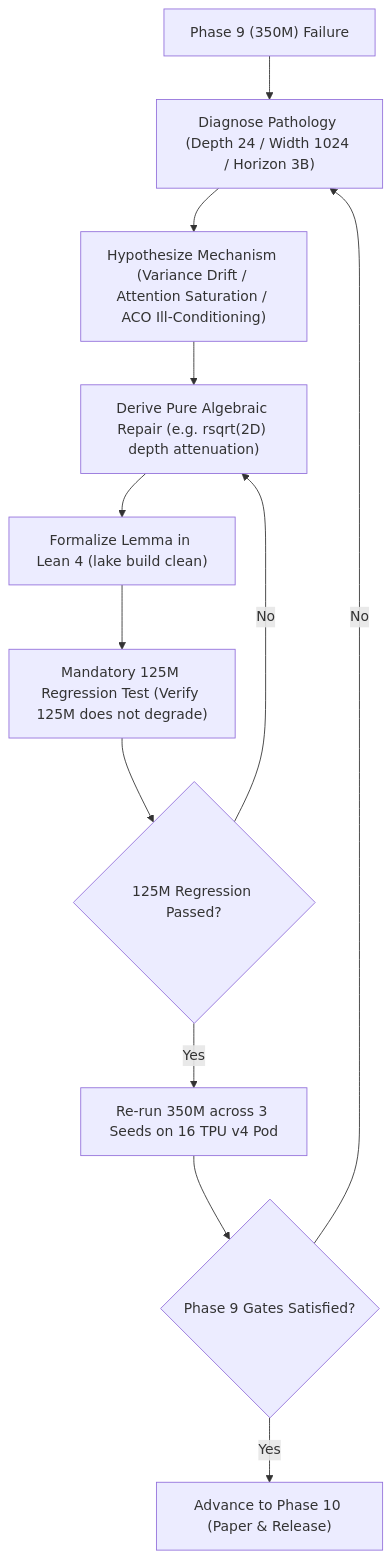
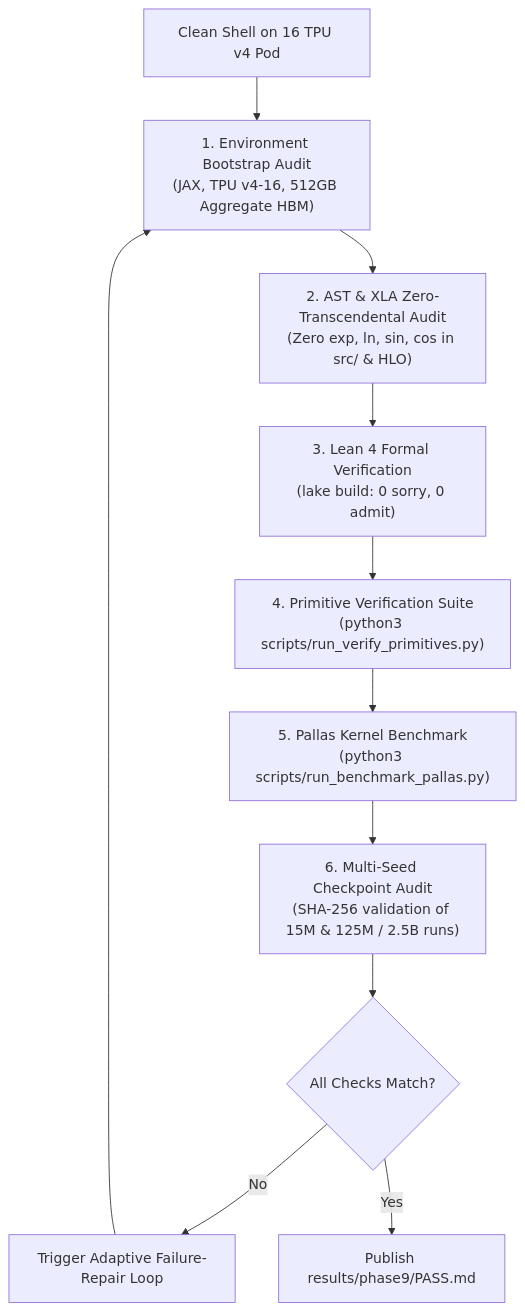
Before and after one commit to tasmaikeni13/algebraic-intelligence: the diagram in phases/phase9.md, drawn with Mermaid. The commit also changed other lines of this file and 6 other files, not shown here.

Commit message:
feat(phases): expand XLA HLO & Pallas instructions, scale 125M to 2.5B tokens (6 runs), consolidate to 9 phases

````diff
--- a/phases/phase9.md
+++ b/phases/phase9.md
@@ -104,14 +23,13 @@
 ```mermaid
 graph TD
-    A["Phase 9 (350M) Failure"] --> B["Diagnose Pathology (Depth 24 / Width 1024 / Horizon 3B)"]
-    B --> C["Hypothesize Mechanism (Variance Drift / Attention Saturation / ACO Ill-Conditioning)"]
-    C --> D["Derive Pure Algebraic Repair (e.g. rsqrt(2D) depth attenuation)"]
-    D --> E["Formalize Lemma in Lean 4 (lake build clean)"]
-    E --> F["Mandatory 125M Regression Test (Verify 125M does not degrade)"]
-    F --> G{"125M Regression Passed?"}
-    G -- "No" --> D
-    G -- "Yes" --> H["Re-run 350M across 3 Seeds on 16 TPU v4 Pod"]
-    H --> I{"Phase 9 Gates Satisfied?"}
-    I -- "No" --> B
-    I -- "Yes" --> J["Advance to Phase 10 (Paper & Release)"]
+    A["Clean Shell on 16 TPU v4 Pod"] --> B["1. Environment Bootstrap Audit<br/>(JAX, TPU v4-16, 512GB Aggregate HBM)"]
+    B --> C["2. AST & XLA Zero-Transcendental Audit<br/>(Zero exp, ln, sin, cos in src/ & HLO)"]
+    C --> D["3. Lean 4 Formal Verification<br/>(lake build: 0 sorry, 0 admit)"]
+    D --> E["4. Primitive Verification Suite<br/>(python3 scripts/run_verify_primitives.py)"]
+    E --> F["5. Pallas Kernel Benchmark<br/>(python3 scripts/run_benchmark_pallas.py)"]
+    F --> G["6. Multi-Seed Checkpoint Audit<br/>(SHA-256 validation of 15M & 125M / 2.5B runs)"]
+    G --> H{"All Checks Match?"}
+    H -- "No" --> I["Trigger Adaptive Failure-Repair Loop"]
+    I --> B
+    H -- "Yes" --> J["Publish results/phase9/PASS.md"]
 ```
````
